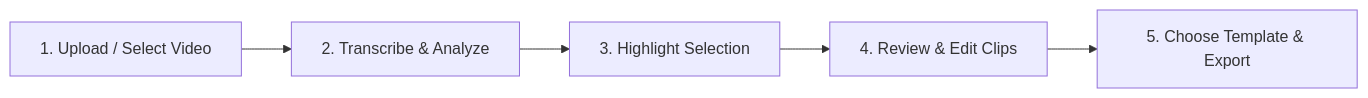
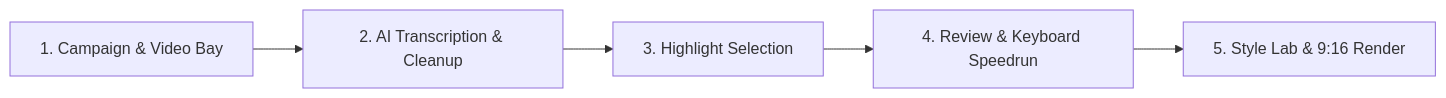
One commit to literallyeverything22-ux/Clipforge changed the diagram in guide.md. Above: the diagram before and after it, drawn with Mermaid. The commit also changed other lines of this file and 3 other files, not shown here.

````diff
--- a/guide.md
+++ b/guide.md
@@ -24,7 +39,7 @@
 ```mermaid
 graph LR
-    A[1. Upload / Select Video] --> B[2. Transcribe & Analyze]
+    A[1. Campaign & Video Bay] --> B[2. AI Transcription & Cleanup]
     B --> C[3. Highlight Selection]
-    C --> D[4. Review & Edit Clips]
-    D --> E[5. Choose Template & Export]
+    C --> D[4. Review & Keyboard Speedrun]
+    D --> E[5. Style Lab & 9:16 Render]
 ```
````
